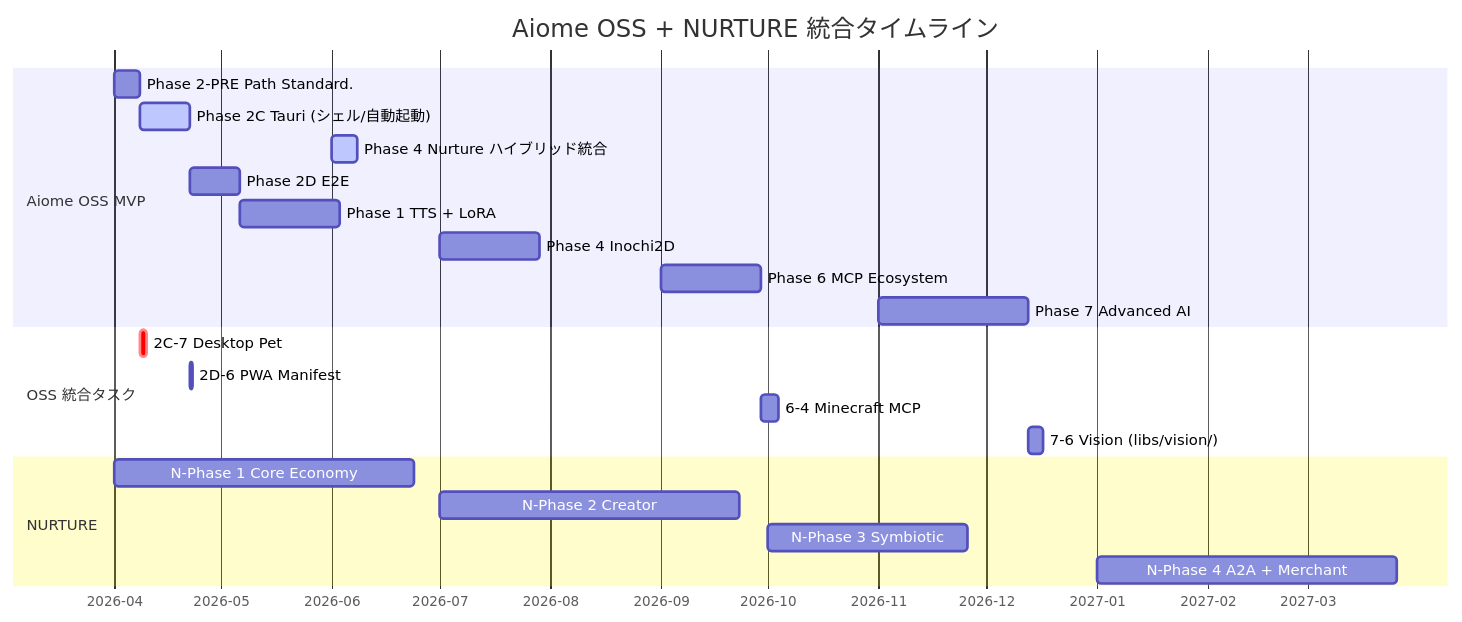
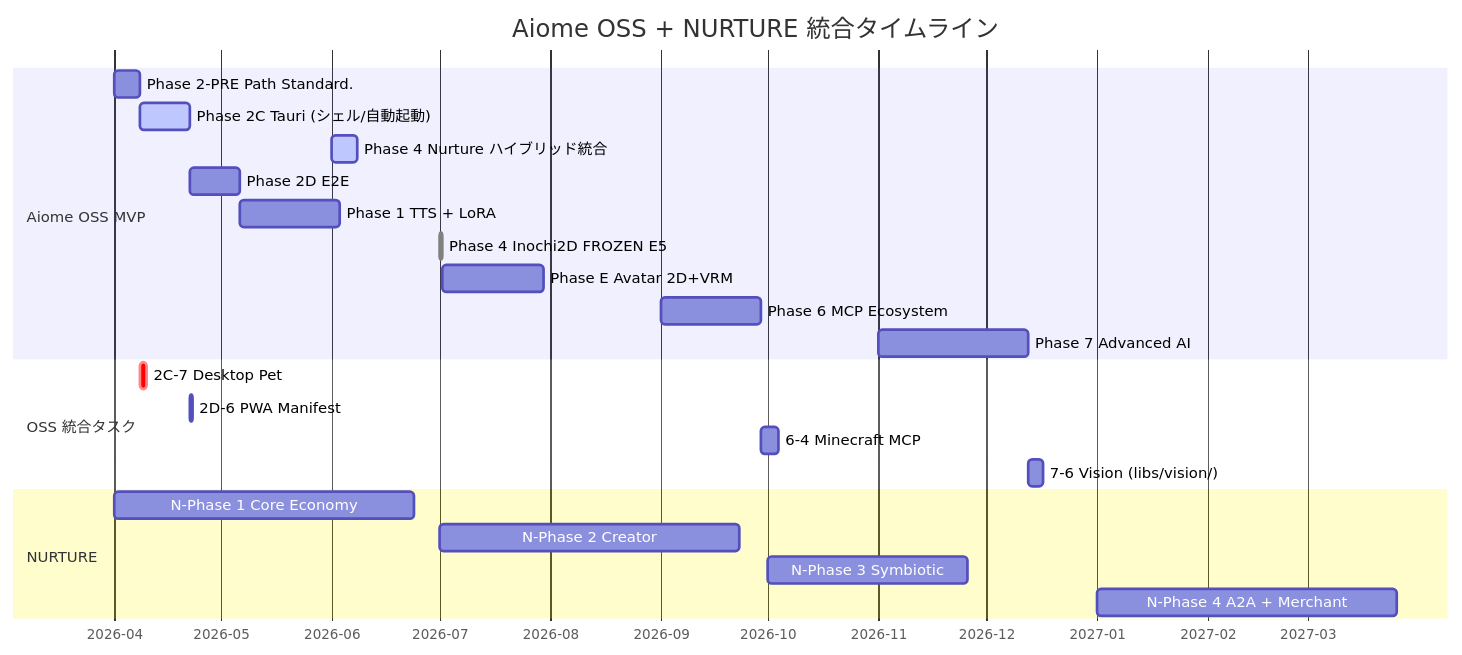
Before and after one commit to for4xex-droid/modular-open-claw: diagram 22 of 22 in docs/architecture/AIOME_NURTURE_SYNERGY.md, drawn with Mermaid. The commit also changed other lines of this file and 37 other files, not shown here.

First line of the commit message:
feat: freeze Inochi shipping surface and add Phase E avatar plan

````diff
--- a/docs/architecture/AIOME_NURTURE_SYNERGY.md
+++ b/docs/architecture/AIOME_NURTURE_SYNERGY.md
@@ -1225,28 +1225,29 @@
 ```mermaid
 gantt
     title Aiome OSS + NURTURE 統合タイムライン
     dateFormat YYYY-MM
     axisFormat %Y-%m
 
     section Aiome OSS MVP
     Phase 2-PRE Path Standard.  :a1, 2026-04, 1w
     Phase 2C Tauri (シェル/自動起動) :active, a2, after a1, 2w
     Phase 4 Nurture ハイブリッド統合 :active, a2b, 2026-06, 1w
     Phase 2D E2E                :a3, after a2, 2w
     Phase 1 TTS + LoRA          :a4, after a3, 4w
-    Phase 4 Inochi2D            :a5, 2026-07, 4w
+    Phase 4 Inochi2D FROZEN E5  :done, a5, 2026-07, 1d
+    Phase E Avatar 2D+VRM       :a5b, after a5, 4w
     Phase 6 MCP Ecosystem       :a6, 2026-09, 4w
     Phase 7 Advanced AI         :a7, 2026-11, 6w
 
     section OSS 統合タスク
     2C-7 Desktop Pet            :crit, o1, after a1, 2d
     2D-6 PWA Manifest           :o2, after a2, 1d
     6-4 Minecraft MCP           :o3, after a6, 5d
     7-6 Vision (libs/vision/)   :o4, after a7, 4d
 
     section NURTURE
     N-Phase 1 Core Economy      :n1, 2026-04, 12w
     N-Phase 2 Creator           :n2, 2026-07, 12w
     N-Phase 3 Symbiotic         :n3, 2026-10, 8w
     N-Phase 4 A2A + Merchant    :n4, 2027-01, 12w
 ```
````
